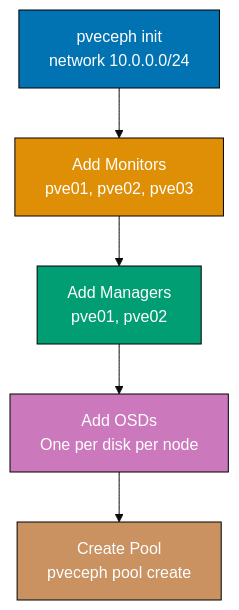
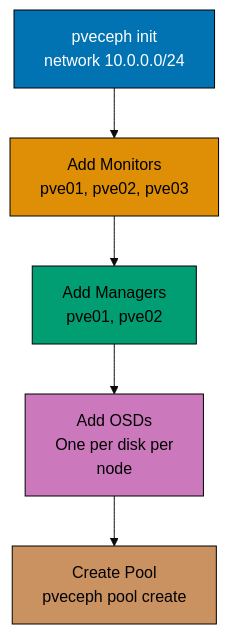
Before and after one commit to wahidyankf/ose-public: the fourth of 9 diagrams in apps/ayokoding-www/content/en/learn/legacy/software-engineering/infrastructure/tools/proxmox/by-example/intermediate.md, drawn with Mermaid (base theme). The commit also changed other lines of this file and 131 other files, not shown here.

First line of the commit message:
fix(mermaid): bring the legacy data, infrastructure, and testing diagrams onto the accessible palette

````diff
--- a/apps/ayokoding-www/content/en/learn/legacy/software-engineering/infrastructure/tools/proxmox/by-example/intermediate.md
+++ b/apps/ayokoding-www/content/en/learn/legacy/software-engineering/infrastructure/tools/proxmox/by-example/intermediate.md
@@ -559,14 +579,22 @@
 ```mermaid
 %% Color Palette: Blue #0173B2, Orange #DE8F05, Teal #029E73, Purple #CC78BC, Brown #CA9161
 graph TD
+    accTitle: Example 39: Initialise and Deploy a Ceph Cluster
+    accDescr: Graph with 5 nodes and 4 connections. Nodes: pveceph init network 10.0.0.0/24, Add Monitors pve01, pve02, pve03, Add Managers pve01, pve02, Add OSDs One per disk per node, Create Pool pveceph pool create. Connections: pveceph init network 10.0.0.0/24 to Add Monitors pve01, pve02, pve03, Add Monitors pve01, pve02, pve03 to Add Managers pve01, pve02, Add Managers pve01, pve02 to Add OSDs One per disk per node, Add OSDs One per disk per node to Create Pool pveceph pool create.
     A["pveceph init<br/>network 10.0.0.0/24"] --> B["Add Monitors<br/>pve01, pve02, pve03"]
     B --> C["Add Managers<br/>pve01, pve02"]
-    C --> D["Add OSDs<br/>One per disk per node"]
+    C --> D["Add OSDs<br/>One per disk per<br/>node"]
     D --> E["Create Pool<br/>pveceph pool create"]
 
-    style A fill:#0173B2,color:#fff,stroke:#000
-    style B fill:#DE8F05,color:#fff,stroke:#000
-    style C fill:#029E73,color:#fff,stroke:#000
-    style D fill:#CC78BC,color:#fff,stroke:#000
-    style E fill:#CA9161,color:#fff,stroke:#000
+    classDef pal-0173B2 fill:#0173B2,stroke:#000000,color:#FFFFFF
+    class A pal-0173B2
+    classDef pal-DE8F05 fill:#DE8F05,stroke:#000000,color:#000000
+    class B pal-DE8F05
+    classDef pal-029E73 fill:#029E73,stroke:#000000,color:#000000
+    class C pal-029E73
+    classDef pal-CC78BC fill:#CC78BC,stroke:#000000,color:#000000
+    class D pal-CC78BC
+    classDef pal-CA9161 fill:#CA9161,stroke:#000000,color:#000000
+    class E pal-CA9161
+    classDef default fill:#FFFFFF,stroke:#000000,color:#000000
 ```
````
